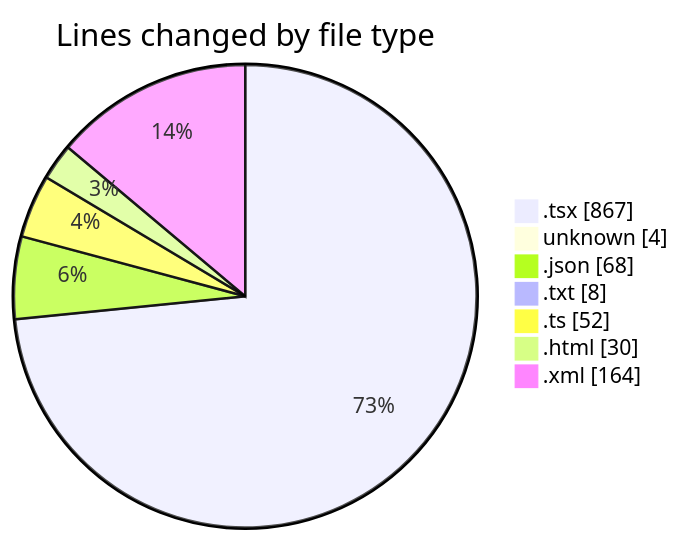
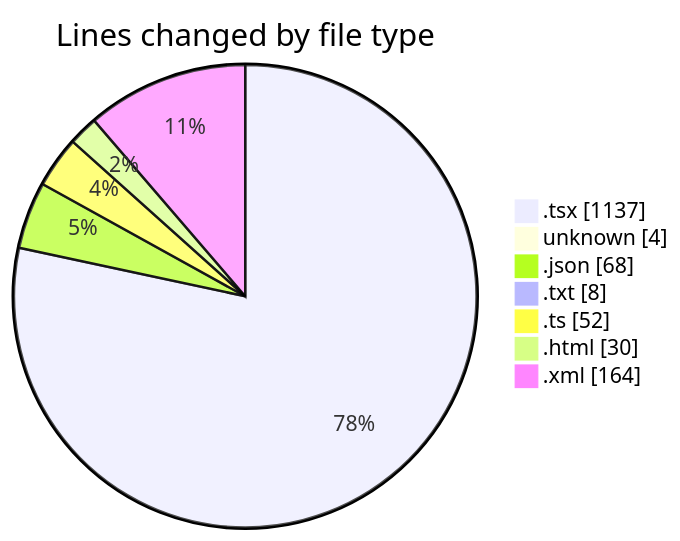
One commit to robertbonfada/code-tracking changed the first of 2 diagrams in 2025-02-27/audiobooks-web/README.md. Above: the diagram before and after it, drawn with Mermaid. The commit also changed other lines of this file and 1 other file, not shown here.

````diff
--- a/2025-02-27/audiobooks-web/README.md
+++ b/2025-02-27/audiobooks-web/README.md
@@ -33,11 +35,11 @@
 ```mermaid
 pie showData
 title Lines changed by file type
-".tsx" : 867
+".tsx" : 1137
 "unknown" : 4
 ".json" : 68
 ".txt" : 8
 ".ts" : 52
 ".html" : 30
 ".xml" : 164
 ```
````
